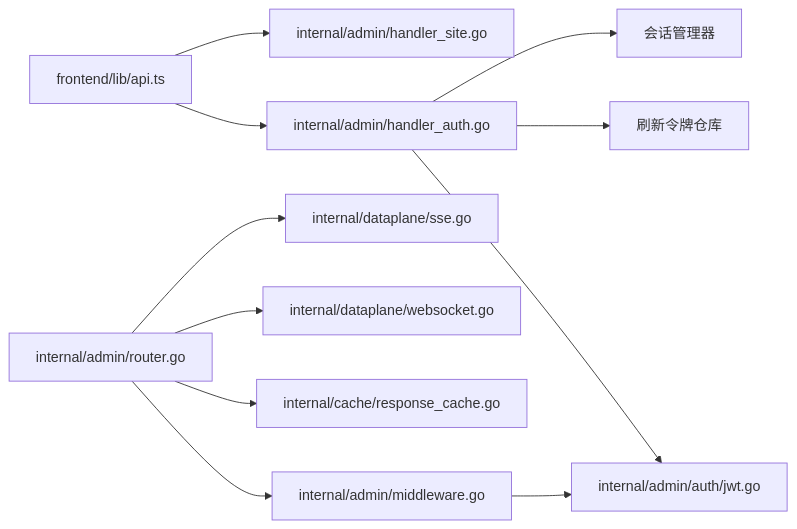
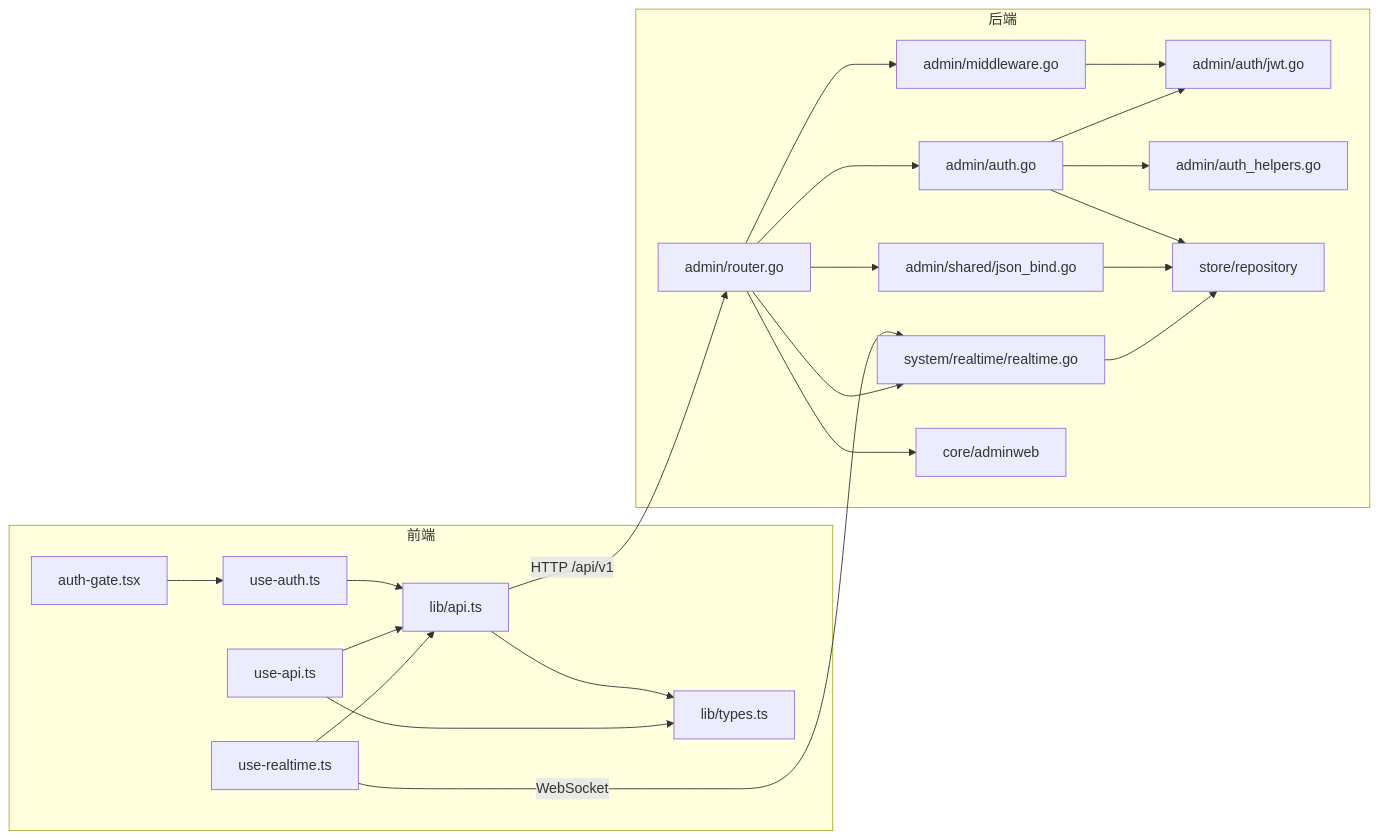
The fifth of 6 diagrams in docs/前端管理界面/API 集成.md (x01n/My-OpenWaf), drawn with Mermaid before and after one commit. The commit also changed other lines of this file and 622 other files, not shown here.

````diff
--- a/docs/前端管理界面/API 集成.md
+++ b/docs/前端管理界面/API 集成.md
@@ -337,13 +542,41 @@
 ```mermaid
 graph LR
-FE["frontend/lib/api.ts"] --> AUTH["internal/admin/handler_auth.go"]
-FE --> SITE["internal/admin/handler_site.go"]
-ROUTER["internal/admin/router.go"] --> MW["internal/admin/middleware.go"]
-MW --> TM["internal/admin/auth/jwt.go"]
-AUTH --> TM
-AUTH --> RT["刷新令牌仓库"]
-AUTH --> SESS["会话管理器"]
-ROUTER --> CACHE["internal/cache/response_cache.go"]
-ROUTER --> WS["internal/dataplane/websocket.go"]
-ROUTER --> SSE["internal/dataplane/sse.go"]
+  subgraph 前端
+    GATE["auth-gate.tsx"]
+    AUTH["use-auth.ts"]
+    HOOKS["use-api.ts"]
+    RT["use-realtime.ts"]
+    API["lib/api.ts"]
+    TYPES["lib/types.ts"]
+  end
+  subgraph 后端
+    ROUTER["admin/router.go"]
+    MW["admin/middleware.go"]
+    AUTHH["admin/auth.go"]
+    JWT["admin/auth/jwt.go"]
+    HELP["admin/auth_helpers.go"]
+    BIND["admin/shared/json_bind.go"]
+    HUB["system/realtime/realtime.go"]
+    EMB["core/adminweb"]
+    REPO["store/repository"]
+  end
+  GATE --> AUTH
+  AUTH --> API
+  HOOKS --> API
+  RT --> API
+  API --> TYPES
+  HOOKS --> TYPES
+  API -->|"HTTP /api/v1"| ROUTER
+  RT -->|"WebSocket"| HUB
+  ROUTER --> MW
+  ROUTER --> AUTHH
+  ROUTER --> HUB
+  ROUTER --> EMB
+  MW --> JWT
+  AUTHH --> HELP
+  AUTHH --> JWT
+  AUTHH --> REPO
+  ROUTER --> BIND
+  BIND --> REPO
+  HUB --> REPO
 ```
````
